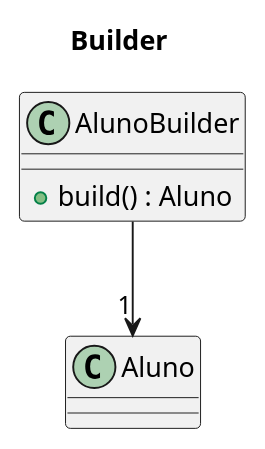
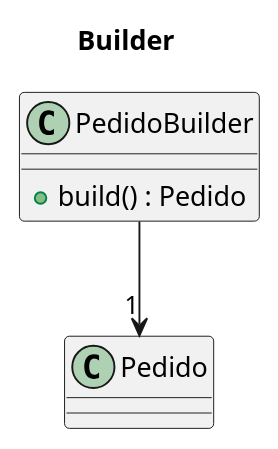
The diagram in Builder.puml (B4Hive/Builder-DCC078-2026-3-A), drawn with PlantUML before and after one commit. The commit also changed 6 other files, not shown here.

Commit message:
Implement Pedido and PedidoBuilder classes with validation; add unit tests for PedidoBuilder

```diff
--- a/Builder.puml
+++ b/Builder.puml
@@ -1,12 +1,10 @@
 @startuml classDiagram
 title Builder
-' Usado quando uma classe possui muitos atributos, pra simplificar a criação de objetos, evitando construtores com muitos parâmetros
+' Usado para simplificar a criação de pedidos com muitos atributos
 
-' Substitui new Blablabla(atr1,atr2,atrn) pelo builder
-
-class AlunoBuilder{
-    + build() : Aluno
+class PedidoBuilder {
+    + build() : Pedido
 }
-AlunoBuilder --> "1" Aluno
+PedidoBuilder --> "1" Pedido
 
 @enduml
```
